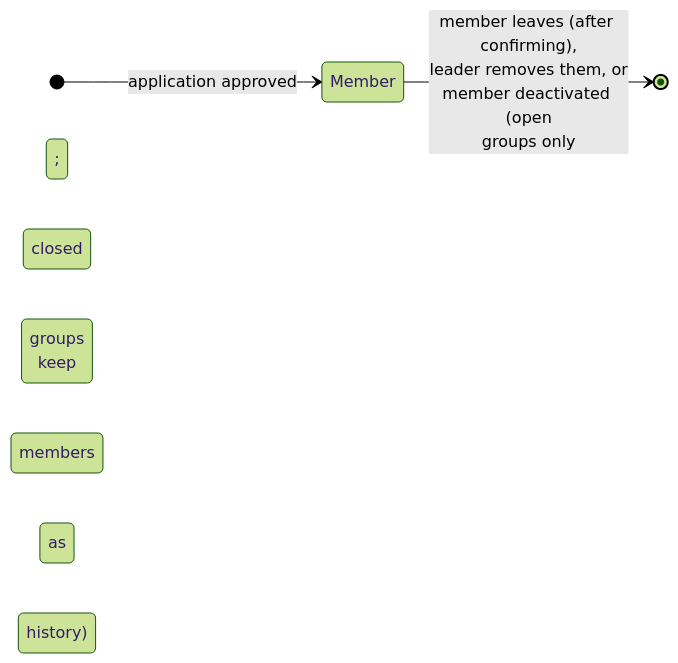
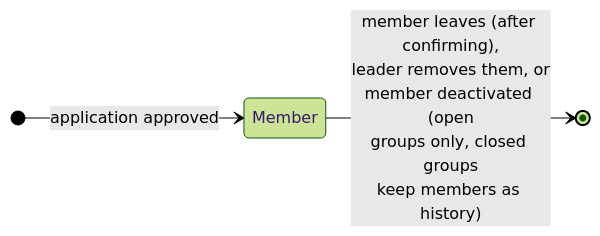
One commit to aryan12singh/study-buddy-matcher changed the sixth of 12 diagrams in docs/diagrams/TEAM_C.md. Above: the diagram before and after it, drawn with Mermaid (forest theme). The commit also changed other lines of this file and 2 other files, not shown here.

First line of the commit message:
fix: replace semicolons with commas in sequence/state diagram labels (#89)

````diff
--- a/docs/diagrams/TEAM_C.md
+++ b/docs/diagrams/TEAM_C.md
@@ -235,6 +235,6 @@
 ```mermaid
 stateDiagram-v2
     direction LR
     [*] --> Member : application approved
-    Member --> [*] : member leaves (after confirming),<br/>leader removes them, or<br/>member deactivated (open<br/>groups only; closed groups<br/>keep members as history)
+    Member --> [*] : member leaves (after confirming),<br/>leader removes them, or<br/>member deactivated (open<br/>groups only, closed groups<br/>keep members as history)
 ```
````
